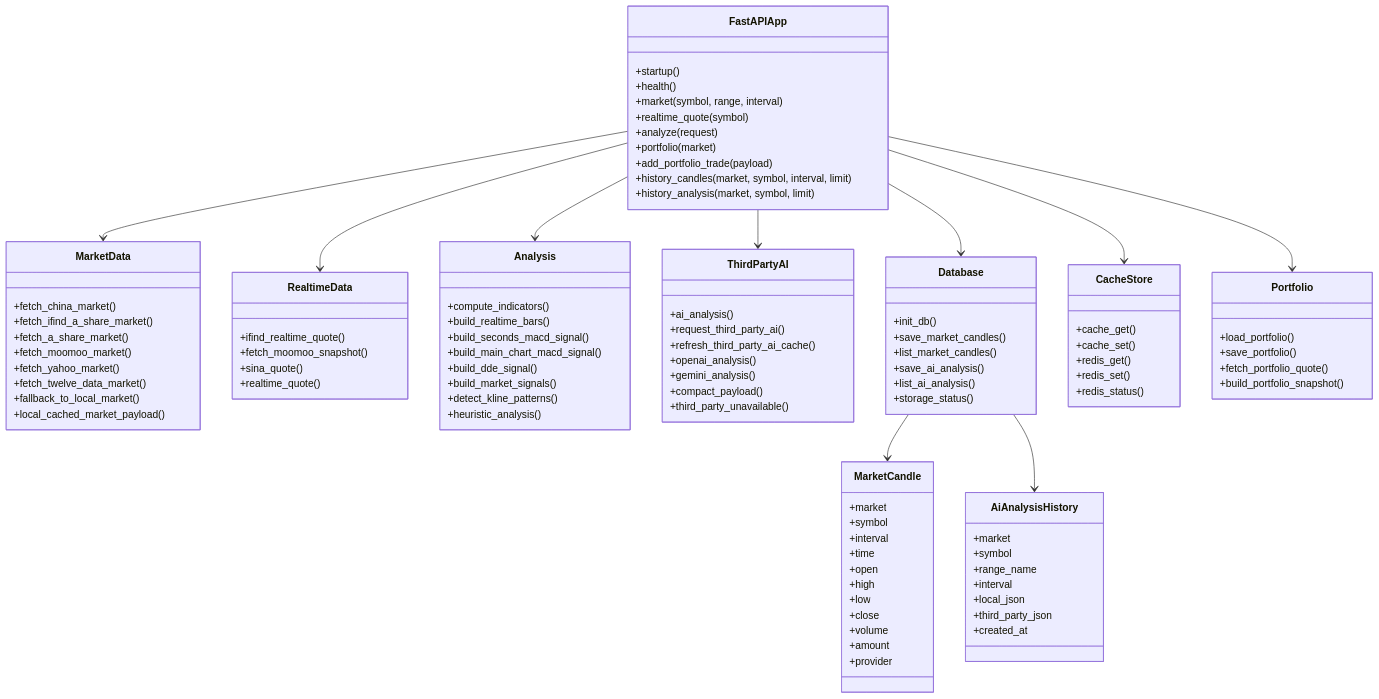
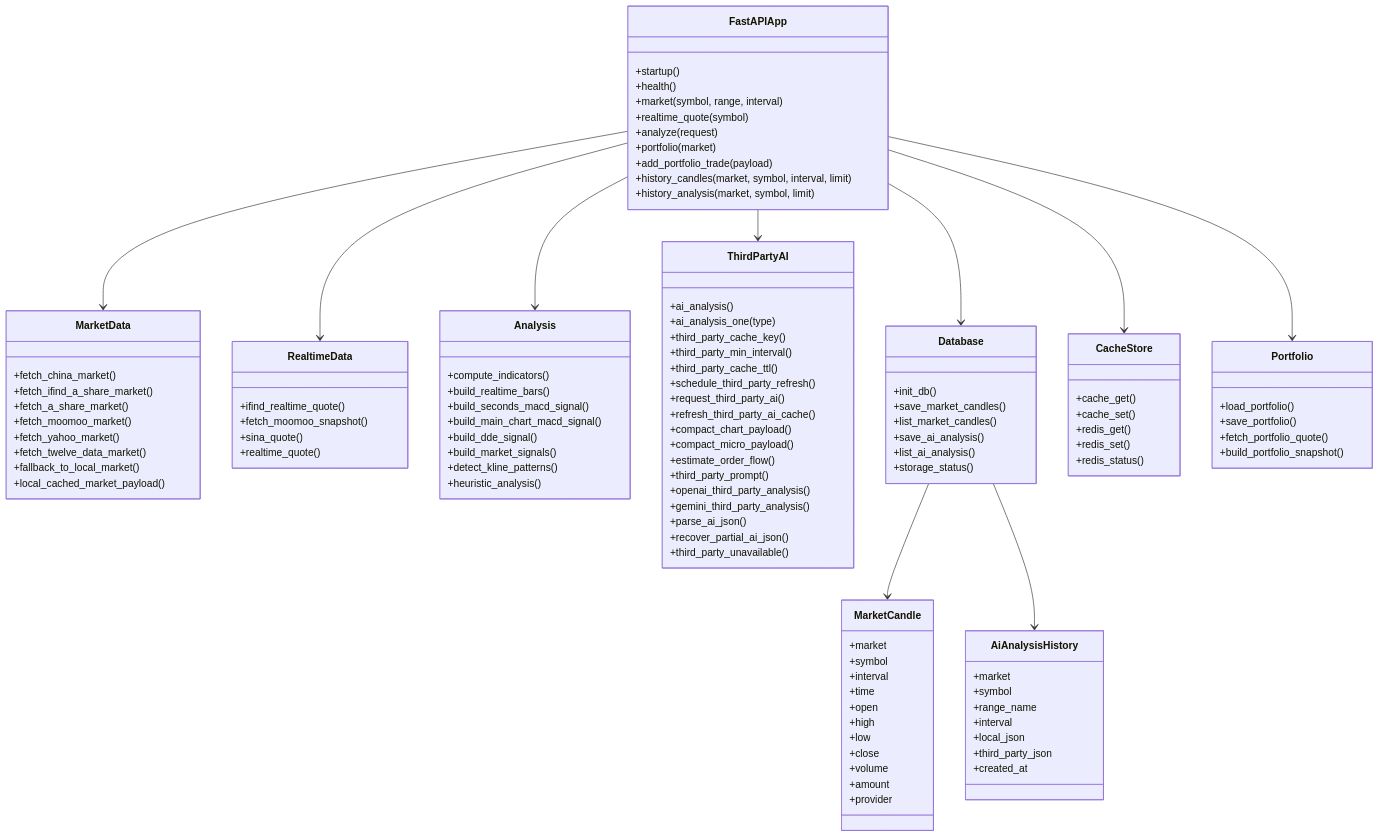
Before and after one commit to xrcloudnet/L2LLM: the fourth of 9 diagrams in docs/project_functions_uml.md, drawn with Mermaid. The commit also changed other lines of this file and 6 other files, not shown here.

Commit message:
Update third-party AI analysis UI and caching

```diff
--- a/docs/project_functions_uml.md
+++ b/docs/project_functions_uml.md
@@ -428,11 +577,21 @@
 
   class ThirdPartyAI {
     +ai_analysis()
+    +ai_analysis_one(type)
+    +third_party_cache_key()
+    +third_party_min_interval()
+    +third_party_cache_ttl()
+    +schedule_third_party_refresh()
     +request_third_party_ai()
     +refresh_third_party_ai_cache()
-    +openai_analysis()
-    +gemini_analysis()
-    +compact_payload()
+    +compact_chart_payload()
+    +compact_micro_payload()
+    +estimate_order_flow()
+    +third_party_prompt()
+    +openai_third_party_analysis()
+    +gemini_third_party_analysis()
+    +parse_ai_json()
+    +recover_partial_ai_json()
     +third_party_unavailable()
   }
 
```
